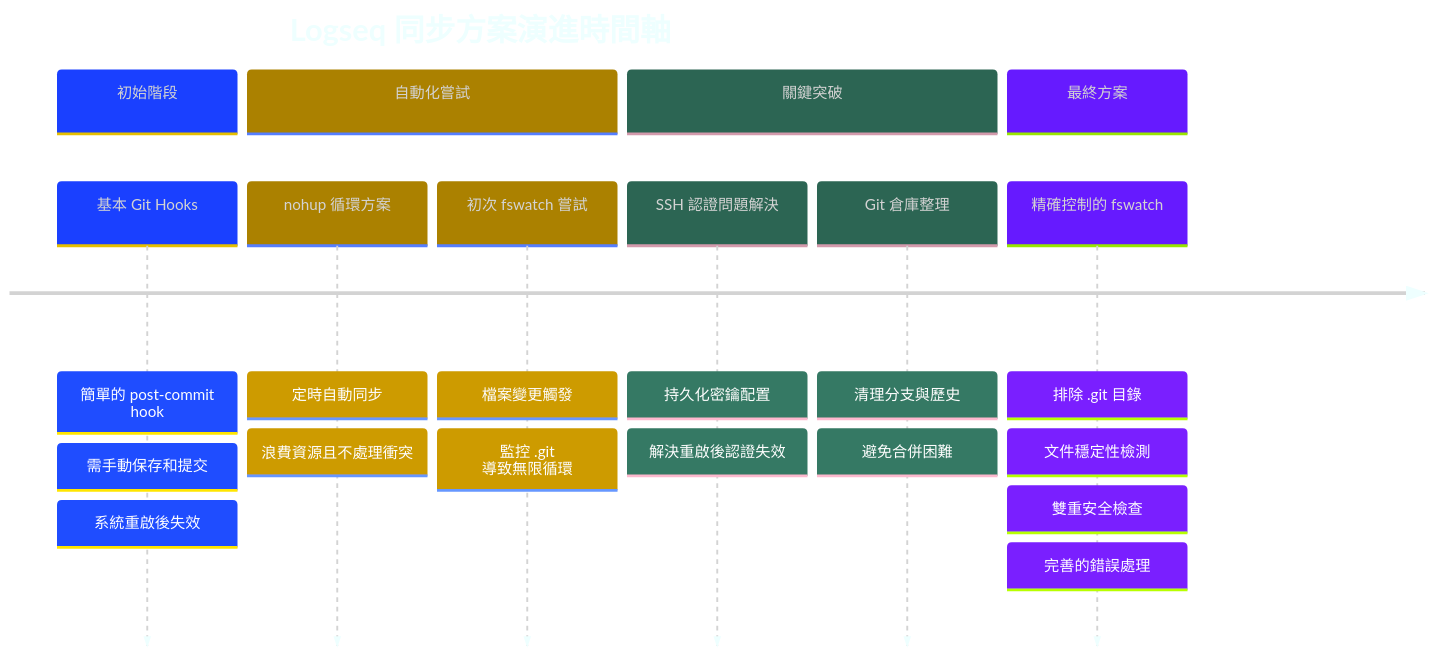
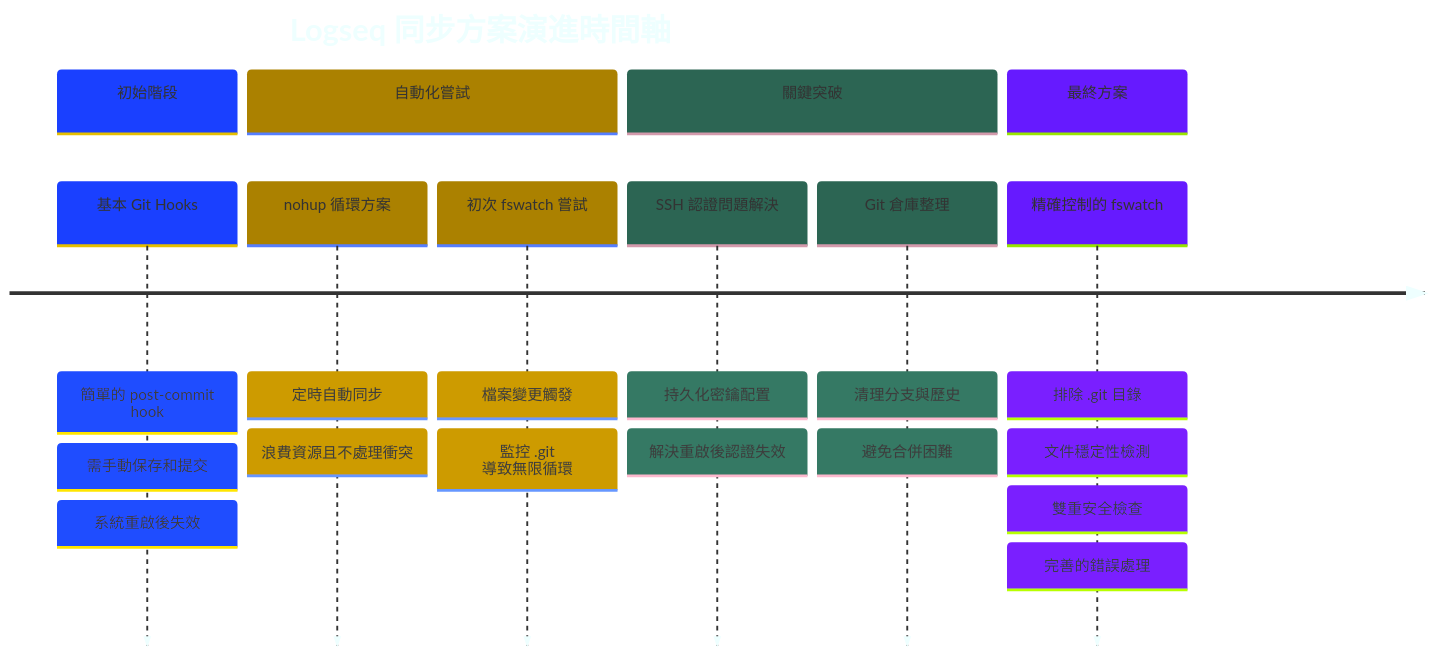
Before and after one commit to GengGeng026/Sync-Logseq: the first of 2 diagrams in Logseq同步方案演進記錄.md, drawn with Mermaid.

Commit message:
Auto saved by Logseq

````diff
--- a/Logseq同步方案演進記錄.md
+++ b/Logseq同步方案演進記錄.md
@@ -24,45 +24,44 @@
 ```mermaid
 %%{init: {
   'theme': 'base', 
   'themeVariables': {
     'primaryColor': '#99AAFF',
     'secondaryColor': '#FFCB2B',
     'tertiaryColor': '#59B79A',
-    'primaryTextColor': 'lightgrey',
+    'primaryTextColor': '',
     'primaryBorderColor': '#59B79A',
-    'primaryLineColor': '#C792EA',
     'lineColor': '#C792EA',
     'background': 'transparent',
     'textColor': '#EEFFFF',
     'nodeBorder': '#59B79A',
     'clusterBkg': 'transparent',
     'titleColor': '#EEFFFF',
     'sectionBkgColor': '#273747',
     'sectionBkgColor2': '#334455',
     'sectionBkgColor3': '#3A4A5A',
     'sectionBkgColor4': '#42546A',
     'sectionBkgColor5': '#4B5E78'
   }
 }}%%
 timeline
     title Logseq 同步方案演進時間軸
     section 初始階段
         基本 Git Hooks : 簡單的 post-commit hook
         : 需手動保存和提交
         : 系統重啟後失效
     section 自動化嘗試
         nohup 循環方案 : 定時自動同步
         : 浪費資源且不處理衝突
         初次 fswatch 嘗試 : 檔案變更觸發
         : 監控 .git 導致無限循環
     section 關鍵突破
         SSH 認證問題解決 : 持久化密鑰配置
         : 解決重啟後認證失效
         Git 倉庫整理 : 清理分支與歷史
         : 避免合併困難
     section 最終方案
         精確控制的 fswatch : 排除 .git 目錄
         : 文件穩定性檢測
         : 雙重安全檢查
         : 完善的錯誤處理
 ```
````
